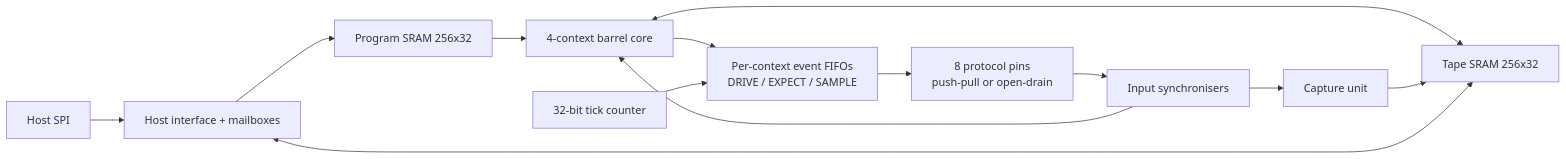
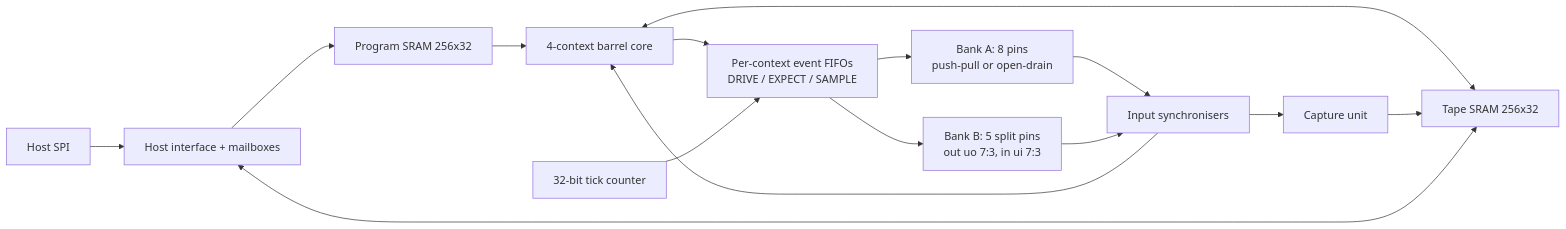
One commit to parthDOOM/escapement changed the diagram in README.md. Above: the diagram before and after it, drawn with Mermaid. The commit also changed other lines of this file and 41 other files, not shown here.

First line of the commit message:
v1.2: pin bank B, five split pins on the idle ui_in[7:3] / uo_out[7:3]

````diff
--- a/README.md
+++ b/README.md
@@ -34,15 +34,17 @@
 ```mermaid
 flowchart LR
     Host[Host SPI] --> Ctl[Host interface + mailboxes]
     Ctl --> IMEM[Program SRAM 256x32]
     IMEM --> Core[4-context barrel core]
     Core --> Q[Per-context event FIFOs<br/>DRIVE / EXPECT / SAMPLE]
     Time[32-bit tick counter] --> Q
-    Q --> Pins[8 protocol pins<br/>push-pull or open-drain]
+    Q --> Pins[Bank A: 8 pins<br/>push-pull or open-drain]
+    Q --> PinsB[Bank B: 5 split pins<br/>out uo 7:3, in ui 7:3]
     Pins --> Sync[Input synchronisers]
+    PinsB --> Sync
     Sync --> Core
     Sync --> Cap[Capture unit]
     Core <--> Tape[Tape SRAM 256x32]
     Cap --> Tape
     Ctl <--> Tape
 ```
````
